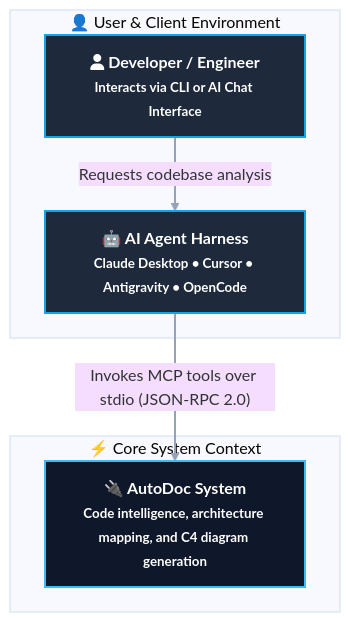
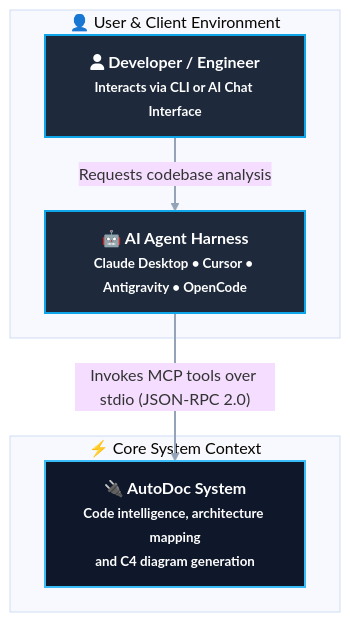
The first of 4 diagrams in docs/reference/codebase-map.md (dandgabr/autodoc), drawn with Mermaid (base theme) before and after one commit. The commit also changed other lines of this file and 4 other files, not shown here.

Commit message:
feat(diagram-ux): implement automated diagram validator script and plug into agent

````diff
--- a/docs/reference/codebase-map.md
+++ b/docs/reference/codebase-map.md
@@ -20,20 +20,20 @@
 ```mermaid
 flowchart TD
     %% High Contrast Styling Definitions
     classDef clientClass fill:#1E293B,stroke:#0EA5E9,stroke-width:2px,color:#FFFFFF,font-weight:bold;
     classDef systemClass fill:#0F172A,stroke:#38BDF8,stroke-width:2px,color:#FFFFFF,font-weight:bold;
 
     subgraph Users["👤 User & Client Environment"]
         Dev["fa:fa-user Developer / Engineer<br/><small>Interacts via CLI or AI Chat Interface</small>"]:::clientClass
         Harness["🤖 AI Agent Harness<br/><small>Claude Desktop • Cursor • Antigravity • OpenCode</small>"]:::clientClass
     end
 
     subgraph SystemBoundary["⚡ Core System Context"]
-        AutoDoc["🔌 AutoDoc System<br/><small>Code intelligence, architecture mapping, and C4 diagram generation</small>"]:::systemClass
+        AutoDoc["🔌 AutoDoc System<br/><small>Code intelligence, architecture mapping<br/>and C4 diagram generation</small>"]:::systemClass
     end
 
     Dev -->|"Requests codebase analysis"| Harness
     Harness -->|"Invokes MCP tools over stdio (JSON-RPC 2.0)"| AutoDoc
 
     linkStyle default stroke:#94A3B8,stroke-width:2px;
 ```
````
